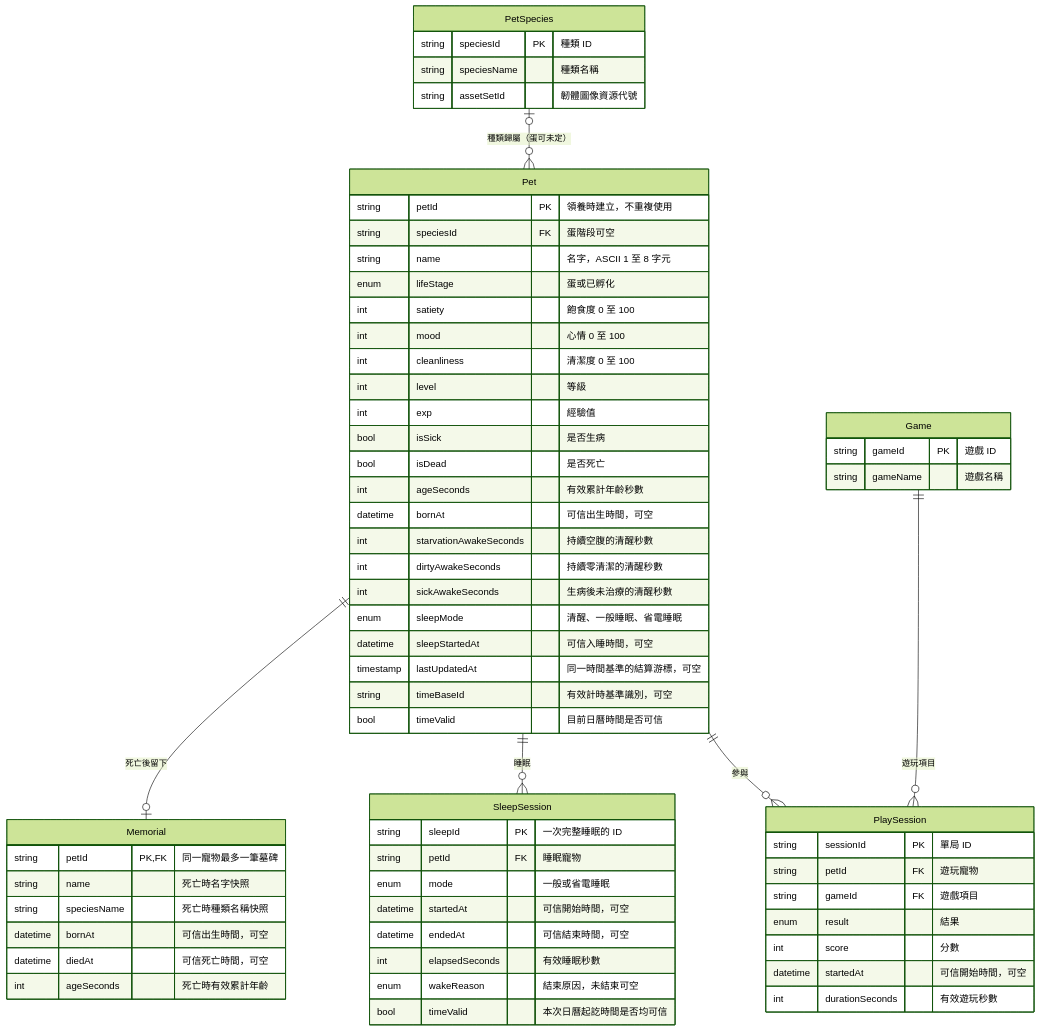
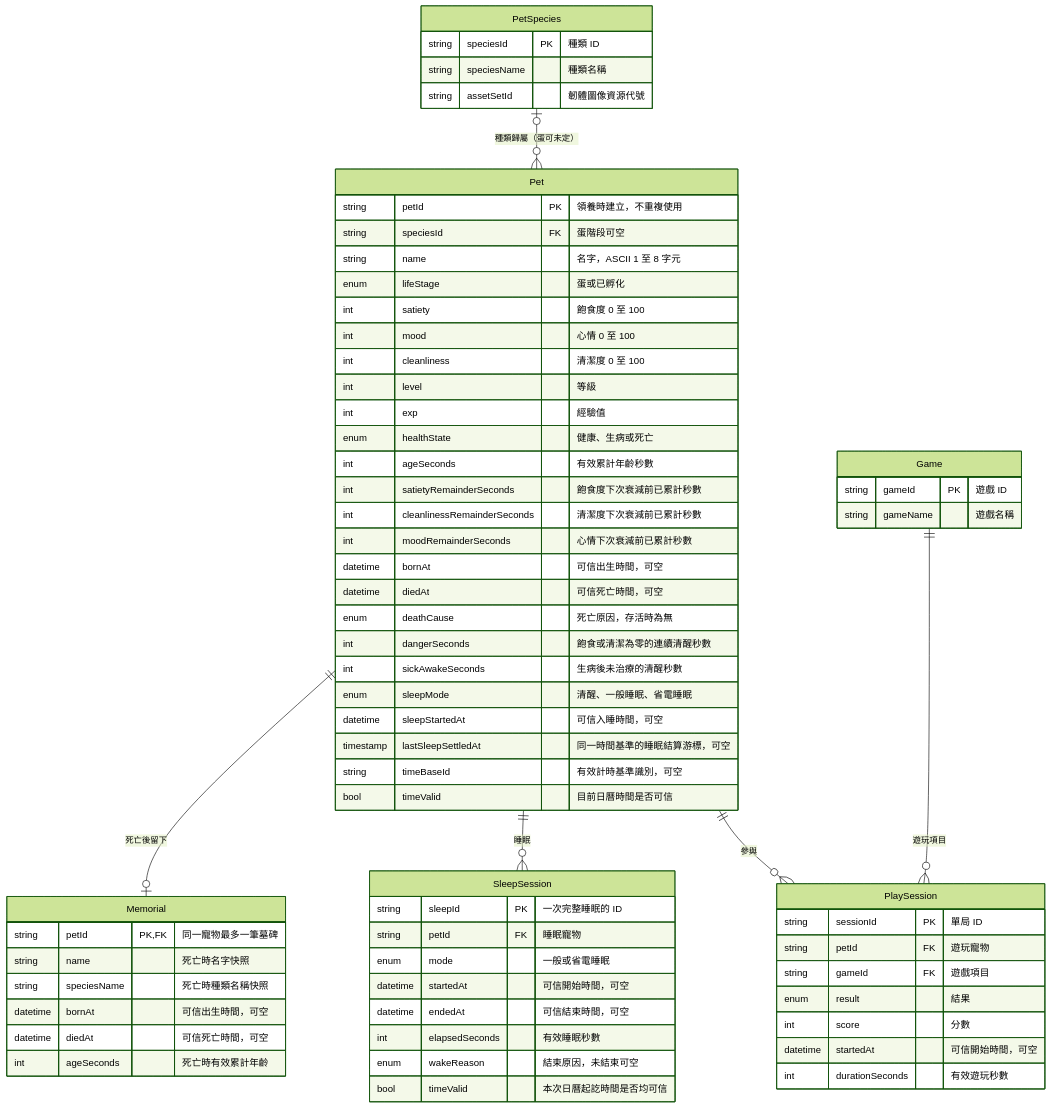
Before and after one commit to fuling0519/ESP32-Electronic-Pet: the diagram in docs/database-erd.md, drawn with Mermaid (forest theme). The commit also changed other lines of this file and 9 other files, not shown here.

````diff
--- a/docs/database-erd.md
+++ b/docs/database-erd.md
@@ -11,68 +11,71 @@
 ```mermaid
 erDiagram
     PetSpecies |o--o{ Pet : "種類歸屬（蛋可未定）"
     Pet ||--o{ PlaySession : "參與"
     Game ||--o{ PlaySession : "遊玩項目"
     Pet ||--o{ SleepSession : "睡眠"
     Pet ||--o| Memorial : "死亡後留下"
 
     PetSpecies {
         string speciesId PK "種類 ID"
         string speciesName "種類名稱"
         string assetSetId "韌體圖像資源代號"
     }
     Pet {
         string petId PK "領養時建立，不重複使用"
         string speciesId FK "蛋階段可空"
         string name "名字，ASCII 1 至 8 字元"
         enum lifeStage "蛋或已孵化"
         int satiety "飽食度 0 至 100"
         int mood "心情 0 至 100"
         int cleanliness "清潔度 0 至 100"
         int level "等級"
         int exp "經驗值"
-        bool isSick "是否生病"
-        bool isDead "是否死亡"
+        enum healthState "健康、生病或死亡"
         int ageSeconds "有效累計年齡秒數"
+        int satietyRemainderSeconds "飽食度下次衰減前已累計秒數"
+        int cleanlinessRemainderSeconds "清潔度下次衰減前已累計秒數"
+        int moodRemainderSeconds "心情下次衰減前已累計秒數"
         datetime bornAt "可信出生時間，可空"
-        int starvationAwakeSeconds "持續空腹的清醒秒數"
-        int dirtyAwakeSeconds "持續零清潔的清醒秒數"
+        datetime diedAt "可信死亡時間，可空"
+        enum deathCause "死亡原因，存活時為無"
+        int dangerSeconds "飽食或清潔為零的連續清醒秒數"
         int sickAwakeSeconds "生病後未治療的清醒秒數"
         enum sleepMode "清醒、一般睡眠、省電睡眠"
         datetime sleepStartedAt "可信入睡時間，可空"
-        timestamp lastUpdatedAt "同一時間基準的結算游標，可空"
+        timestamp lastSleepSettledAt "同一時間基準的睡眠結算游標，可空"
         string timeBaseId "有效計時基準識別，可空"
         bool timeValid "目前日曆時間是否可信"
     }
     Game {
         string gameId PK "遊戲 ID"
         string gameName "遊戲名稱"
     }
     PlaySession {
         string sessionId PK "單局 ID"
         string petId FK "遊玩寵物"
         string gameId FK "遊戲項目"
         enum result "結果"
         int score "分數"
         datetime startedAt "可信開始時間，可空"
         int durationSeconds "有效遊玩秒數"
     }
     SleepSession {
         string sleepId PK "一次完整睡眠的 ID"
         string petId FK "睡眠寵物"
         enum mode "一般或省電睡眠"
         datetime startedAt "可信開始時間，可空"
         datetime endedAt "可信結束時間，可空"
         int elapsedSeconds "有效睡眠秒數"
         enum wakeReason "結束原因，未結束可空"
         bool timeValid "本次日曆起訖時間是否均可信"
     }
     Memorial {
         string petId PK, FK "同一寵物最多一筆墓碑"
         string name "死亡時名字快照"
         string speciesName "死亡時種類名稱快照"
         datetime bornAt "可信出生時間，可空"
         datetime diedAt "可信死亡時間，可空"
         int ageSeconds "死亡時有效累計年齡"
     }
 ```
````
